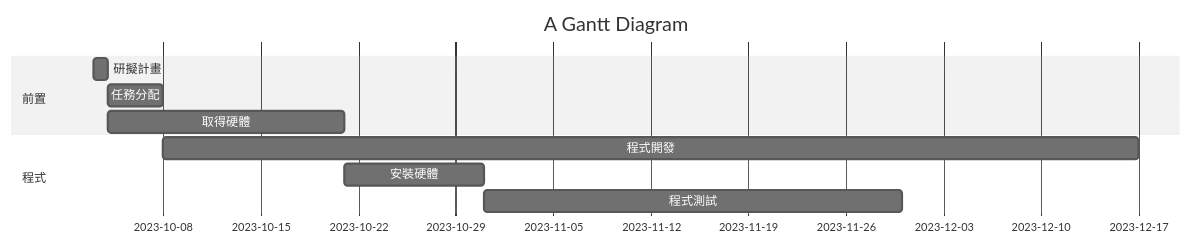
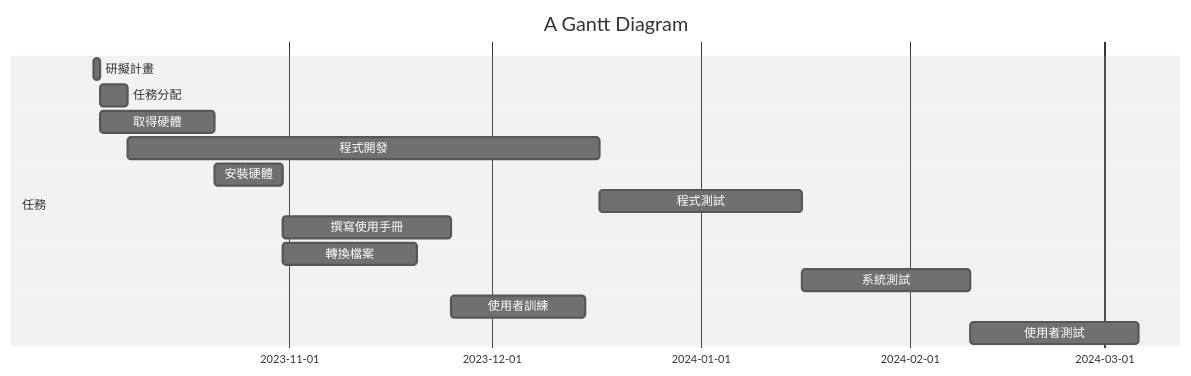
The first of 2 diagrams in HW2.md (C110118260/Test), drawn with Mermaid (neutral theme) before and after one commit. The commit also changed other lines of this file, not shown here.

````diff
--- a/HW2.md
+++ b/HW2.md
@@ -4,14 +4,17 @@
 ```mermaid
 gantt
     title A Gantt Diagram
 
-    section 前置
-    研擬計畫 : a1, 2023-10-03, 1d
-    任務分配 : a2, after a1  , 4d
-    取得硬體 : a3, after a1  , 17d
-
-    section 程式
-    程式開發 : a4, after a2, 70d
-    安裝硬體 : a5, after a3, 10d
-    程式測試 : a6, after a5 , 30d
+    section 任務
+    研擬計畫         : a1, 2023-10-03 , 1d
+    任務分配         : a2, after a1 , 4d
+    取得硬體         : a3, after a1 , 17d
+    程式開發         : a4, after a2 , 70d
+    安裝硬體         : a5, after a3 , 10d
+    程式測試         : a6, after a4 , 30d
+    撰寫使用手冊     : a7, after a5 , 25d
+    轉換檔案         : a8, after a5 , 20d
+    系統測試         : a9, after a6 ,25d
+    使用者訓練       : a10, after a7 ,20d
+    使用者測試       : a11, after a9 ,25d 
 ```
````
